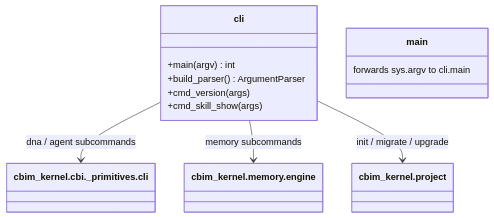
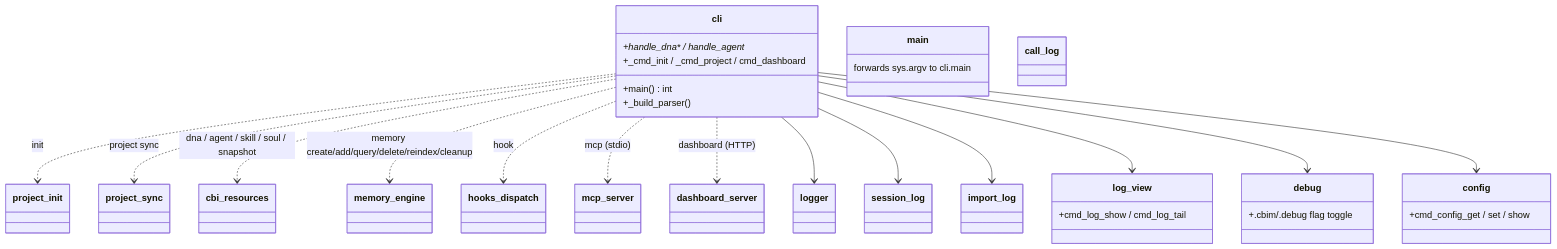
The diagram in v1/src/kernel/engine/.dna/module.md (nan023062/agent-team-cc), drawn with Mermaid before and after one commit. The commit also changed other lines of this file and 3 other files, not shown here.

First line of the commit message:
refactor(v1): DNA design refresh for kernel/project/engine/hooks (Round 3a)

````diff
--- a/v1/src/kernel/engine/.dna/module.md
+++ b/v1/src/kernel/engine/.dna/module.md
@@ -15,15 +17,39 @@
 ```mermaid
 classDiagram
     class cli {
-        +main(argv) int
-        +build_parser() ArgumentParser
-        +cmd_version(args)
-        +cmd_skill_show(args)
+        +main() int
+        +_build_parser()
+        +_handle_dna_* / _handle_agent_*
+        +_cmd_init / _cmd_project / cmd_dashboard
     }
     class __main__ {
         forwards sys.argv to cli.main
     }
-    cli --> cbim_kernel.cbi._primitives.cli : dna / agent subcommands
-    cli --> cbim_kernel.memory.engine : memory subcommands
-    cli --> cbim_kernel.project : init / migrate / upgrade
+    class logger
+    class session_log
+    class call_log
+    class import_log
+    class log_view {
+        +cmd_log_show / cmd_log_tail
+    }
+    class debug {
+        +.cbim/.debug flag toggle
+    }
+    class config {
+        +cmd_config_get / set / show
+    }
+
+    cli ..> project_init : init
+    cli ..> project_sync : project sync
+    cli ..> cbi_resources : dna / agent / skill / soul / snapshot
+    cli ..> memory_engine : memory create/add/query/delete/reindex/cleanup
+    cli ..> hooks_dispatch : hook <event>
+    cli ..> mcp_server : mcp (stdio)
+    cli ..> dashboard_server : dashboard (HTTP)
+    cli --> logger
+    cli --> session_log
+    cli --> import_log
+    cli --> log_view
+    cli --> debug
+    cli --> config
 ```
````
